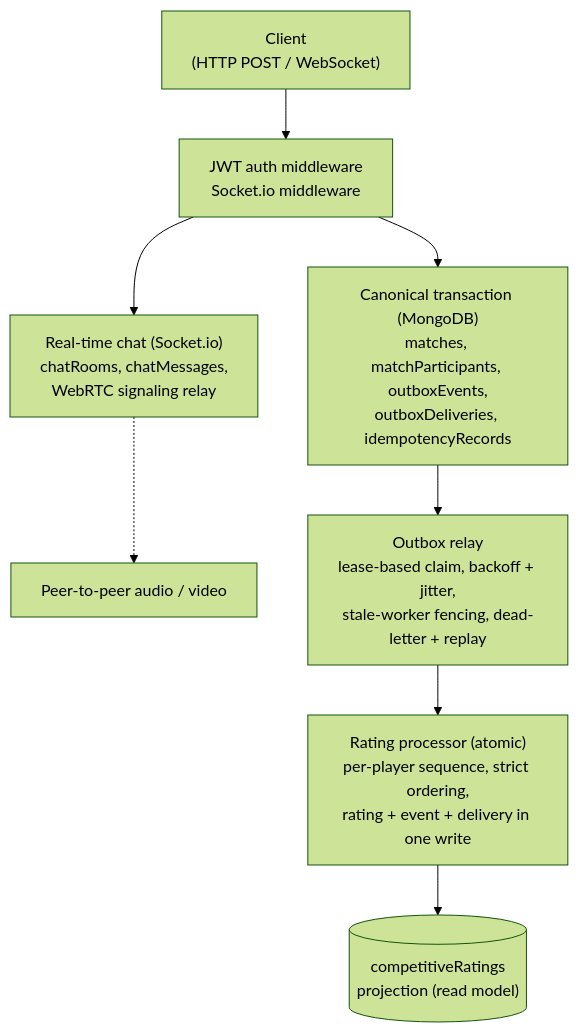
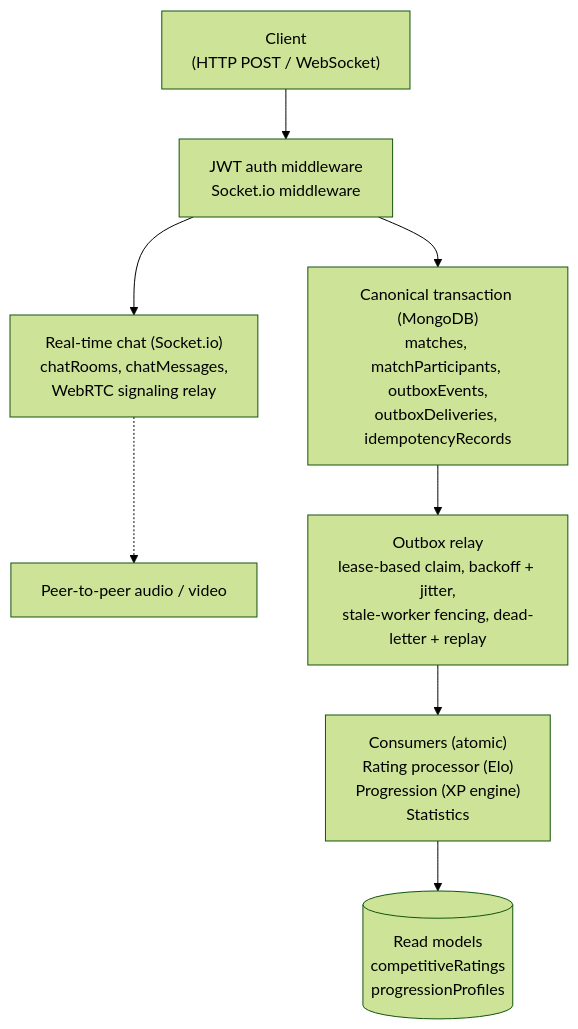
The diagram in README.md (shaurya-10000/fps-game-database), drawn with Mermaid (forest theme) before and after one commit. The commit also changed other lines of this file, not shown here.

Commit message:
docs: add mode-aware progression engine to README

````diff
--- a/README.md
+++ b/README.md
@@ -72,13 +74,13 @@
 ```mermaid
 flowchart TD
     C["Client<br/>(HTTP POST / WebSocket)"] --> A["JWT auth middleware<br/>Socket.io middleware"]
 
     A --> T["Canonical transaction (MongoDB)<br/>matches, matchParticipants, outboxEvents,<br/>outboxDeliveries, idempotencyRecords"]
     A --> R["Real-time chat (Socket.io)<br/>chatRooms, chatMessages,<br/>WebRTC signaling relay"]
 
     R -.-> P2P["Peer-to-peer audio / video"]
 
     T --> O["Outbox relay<br/>lease-based claim, backoff + jitter,<br/>stale-worker fencing, dead-letter + replay"]
-    O --> RP["Rating processor (atomic)<br/>per-player sequence, strict ordering,<br/>rating + event + delivery in one write"]
-    RP --> V[("competitiveRatings<br/>projection (read model)")]
+    O --> RP["Consumers (atomic)<br/>Rating processor (Elo)<br/>Progression (XP engine)<br/>Statistics"]
+    RP --> V[("Read models<br/>competitiveRatings<br/>progressionProfiles")]
 ```
````
